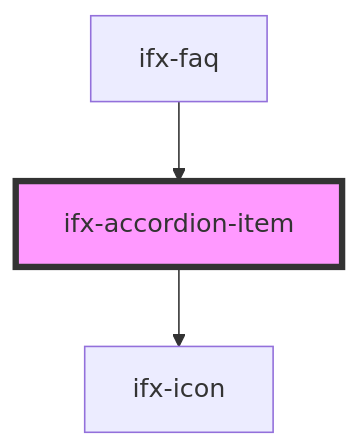
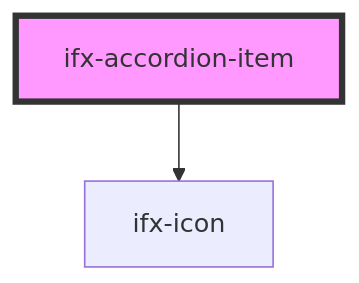
The diagram in packages/components/src/components/accordion/readme.md (Infineon/infineon-design-system-stencil), drawn with Mermaid before and after one commit. The commit also changed other lines of this file and 144 other files, not shown here.

````diff
--- a/packages/components/src/components/accordion/readme.md
+++ b/packages/components/src/components/accordion/readme.md
@@ -36,6 +32,5 @@
 ```mermaid
 graph TD;
   ifx-accordion-item --> ifx-icon
-  ifx-faq --> ifx-accordion-item
   style ifx-accordion-item fill:#f9f,stroke:#333,stroke-width:4px
 ```
````
